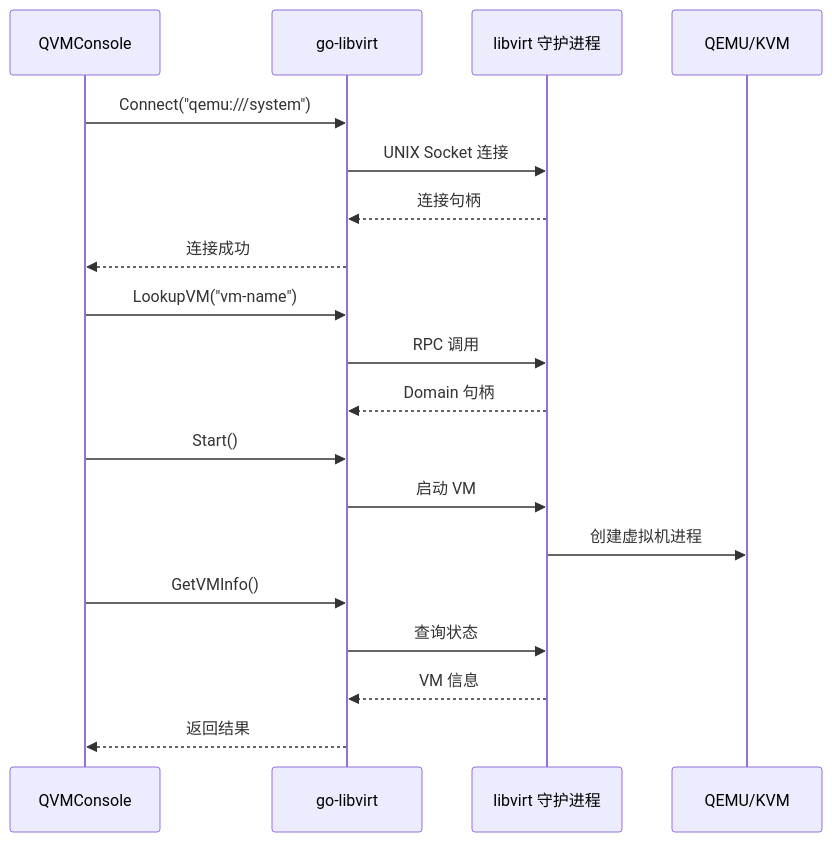
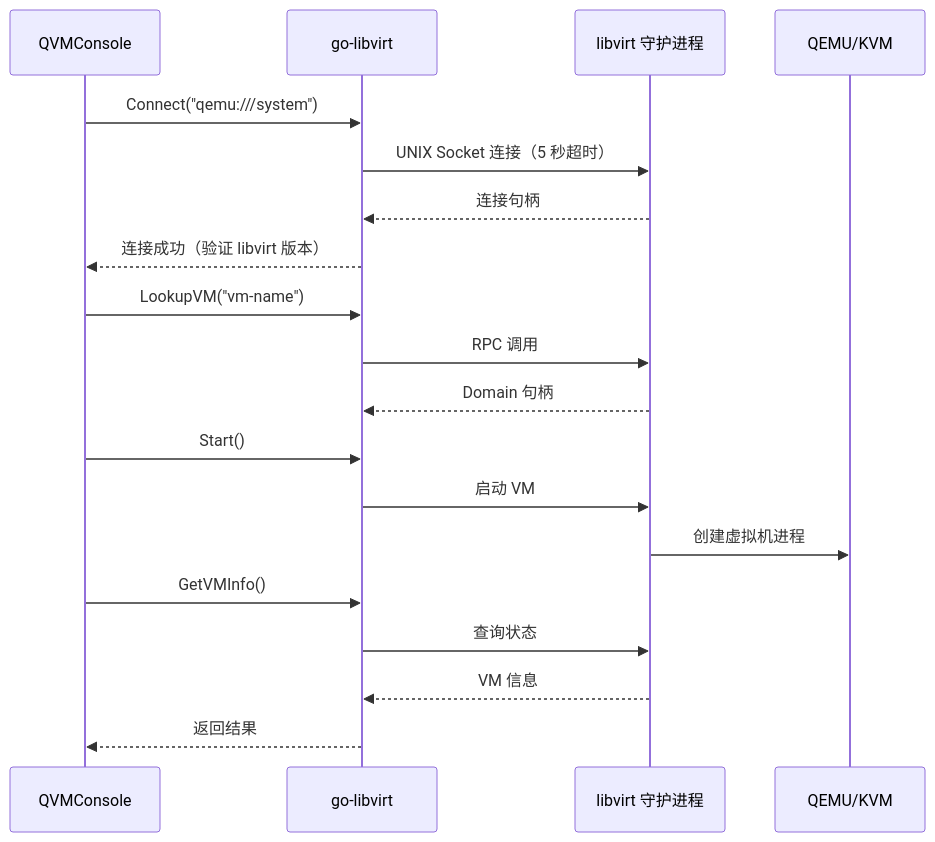
Diagram 14 of 18 in docs/feature-analysis/qvmconsole-architecture.mdx (QVMConsole/docs), drawn with Mermaid before and after one commit. The commit also changed other lines of this file and 37 other files, not shown here.

````diff
--- a/docs/feature-analysis/qvmconsole-architecture.mdx
+++ b/docs/feature-analysis/qvmconsole-architecture.mdx
@@ -668,25 +757,25 @@
 ```mermaid
 sequenceDiagram
     participant QVM as QVMConsole
     participant Lib as go-libvirt
     participant Daemon as libvirt 守护进程
     participant QEMU as QEMU/KVM
 
     QVM->>Lib: Connect("qemu:///system")
-    Lib->>Daemon: UNIX Socket 连接
+    Lib->>Daemon: UNIX Socket 连接（5 秒超时）
     Daemon-->>Lib: 连接句柄
-    Lib-->>QVM: 连接成功
+    Lib-->>QVM: 连接成功（验证 libvirt 版本）
 
     QVM->>Lib: LookupVM("vm-name")
     Lib->>Daemon: RPC 调用
     Daemon-->>Lib: Domain 句柄
 
     QVM->>Lib: Start()
     Lib->>Daemon: 启动 VM
     Daemon->>QEMU: 创建虚拟机进程
 
     QVM->>Lib: GetVMInfo()
     Lib->>Daemon: 查询状态
     Daemon-->>Lib: VM 信息
     Lib-->>QVM: 返回结果
 ```
````
